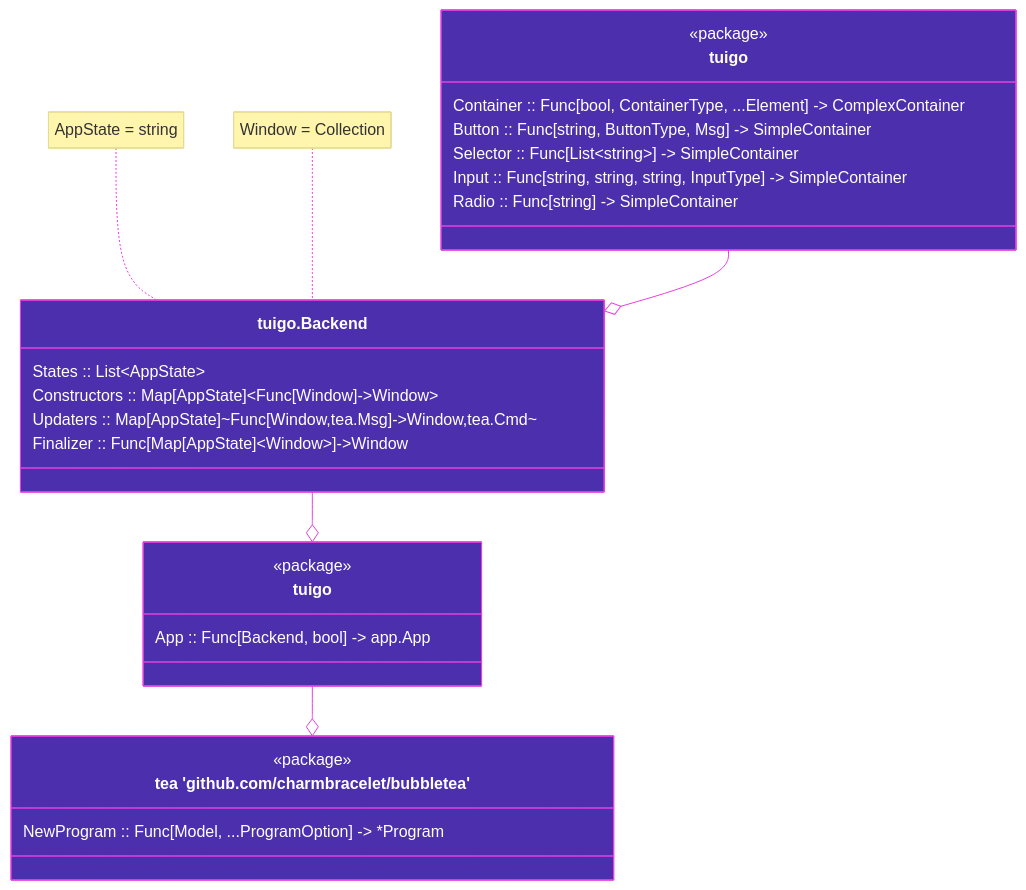
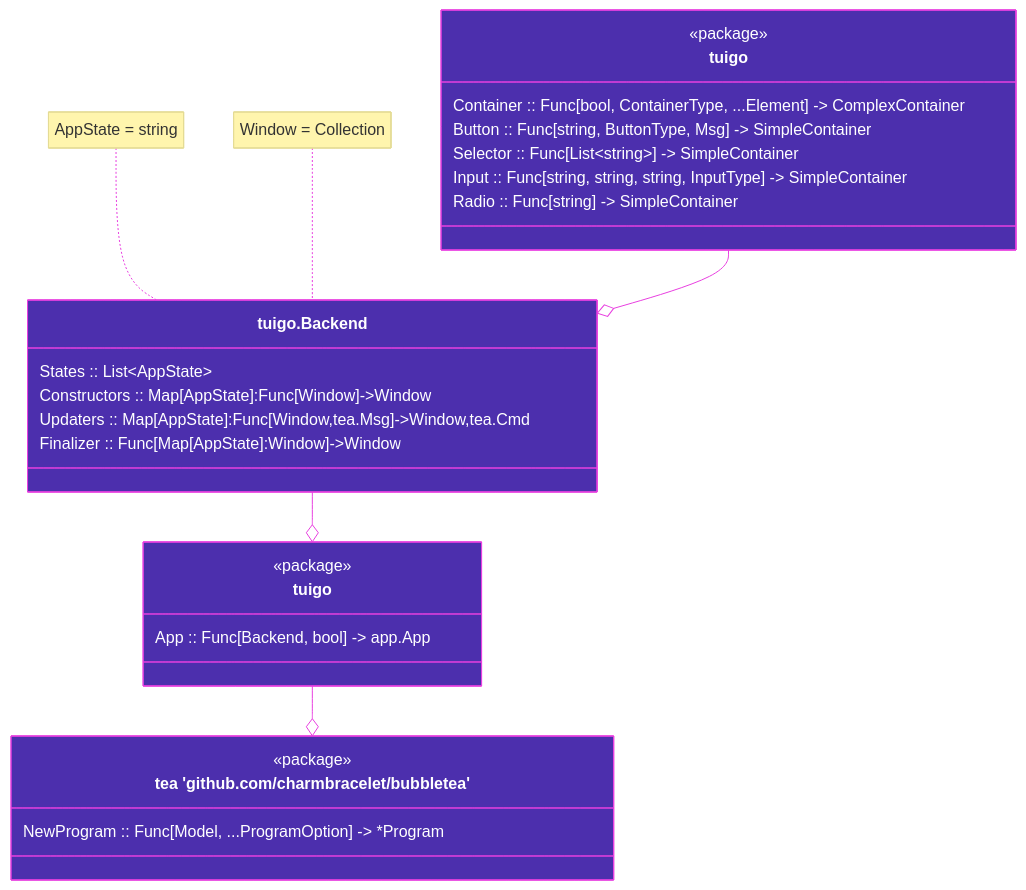
Before and after one commit to haykh/tuigo: the first of 3 diagrams in README.md, drawn with Mermaid.

````diff
--- a/README.md
+++ b/README.md
@@ -15,47 +15,47 @@
 ```mermaid
 %%{
   init: {
     'theme': 'base',
     'themeVariables': {
         'fontFamily': 'JetBrainsMono Nerd Font, BlexMono Nerd Font, Roboto Mono, Source Code Pro, monospace',
         'primaryColor': '#4C2FAD',
         'primaryTextColor': '#FFFFFF',
         'lineColor': '#E840E0',
         'primaryBorderColor': '#E840E0'
       }
     }
 }%%
 
 classDiagram
   class tuigo {
     <<package>>
     Container :: Func[bool, ContainerType, ...Element] -> ComplexContainer
     Button :: Func[string, ButtonType, Msg] -> SimpleContainer
     Selector :: Func[List~string~] -> SimpleContainer
     Input :: Func[string, string, string, InputType] -> SimpleContainer
     Radio :: Func[string] -> SimpleContainer
   }
 
   class Backend["tuigo.Backend"]{
     States :: List~AppState~
-    Constructors :: Map[AppState]~Func[Window]->Window~
-    Updaters :: Map[AppState]~Func[Window,tea.Msg]->Window,tea.Cmd~
-    Finalizer :: Func[Map[AppState]~Window~]->Window
+    Constructors :: Map[AppState]:Func[Window]->Window
+    Updaters :: Map[AppState]:Func[Window,tea.Msg]->Window,tea.Cmd
+    Finalizer :: Func[Map[AppState]:Window]->Window
   }
 
   class NewApp["tuigo"] {
     <<package>>
     App :: Func[Backend, bool] -> app.App
   }
   note for Backend "AppState = string"
   note for Backend "Window = Collection"
 
   class tea["tea 'github.com/charmbracelet/bubbletea'"] {
     <<package>>
     NewProgram :: Func[Model, ...ProgramOption] -> *Program
   }
 
   tuigo --o Backend
   NewApp --o tea
   Backend --o NewApp
 ```
````
